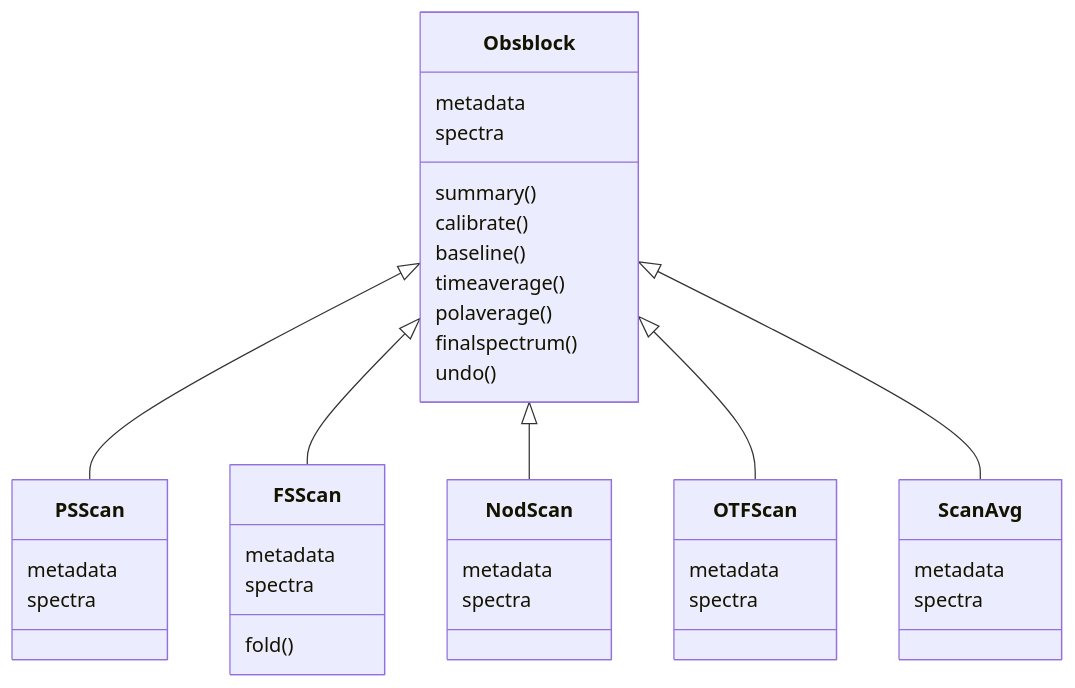
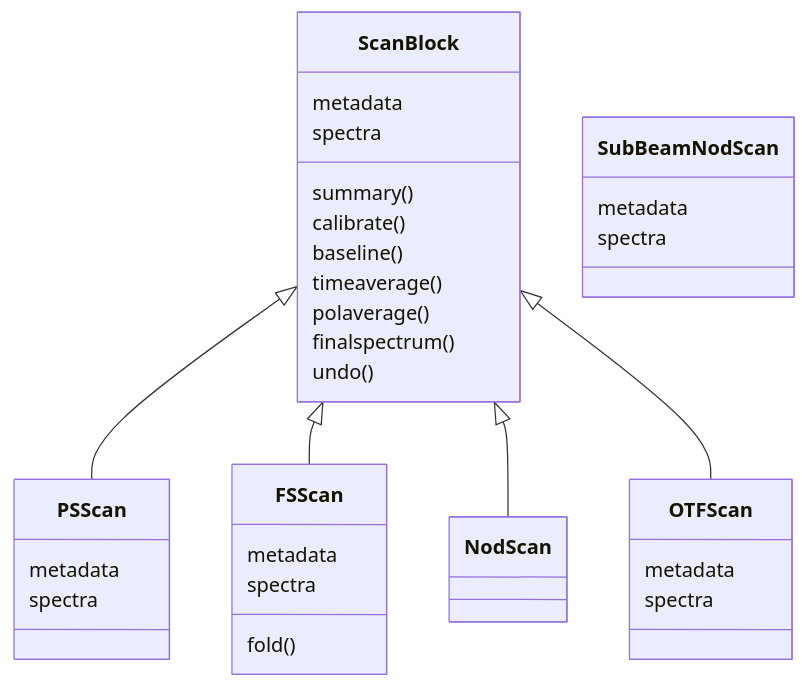
The first of 3 diagrams in docs/source/design/sdfits_loaders.rst (GreenBankObservatory/dysh), drawn with Mermaid before and after one commit. The commit also changed other lines of this file and 1 other file, not shown here.

Commit message:
remove obsblock docs

```diff
--- a/docs/source/design/sdfits_loaders.rst
+++ b/docs/source/design/sdfits_loaders.rst
@@ -15,40 +15,35 @@
 .. mermaid::
 
     classDiagram
-        class Obsblock{
+        class ScanBlock{
             metadata
             spectra
             summary()
             calibrate()
             baseline()
             timeaverage()
             polaverage()
             finalspectrum()
             undo()
         }
         class PSScan{
             metadata
             spectra
         }
         class FSScan{
             metadata
             spectra
             fold()
         }
-        class NodScan{
+        class SubBeamNodScan{
             metadata
             spectra
         }
         class OTFScan{
             metadata
             spectra
         }
-        class ScanAvg{
-            metadata
-            spectra
-        }
-        Obsblock <|-- PSScan
-        Obsblock <|-- FSScan
-        Obsblock <|-- NodScan
-        Obsblock <|-- OTFScan
-        Obsblock <|-- ScanAvg
+        ScanBlock <|-- PSScan
+        ScanBlock <|-- FSScan
+        ScanBlock <|-- NodScan
+        ScanBlock <|-- OTFScan
```
